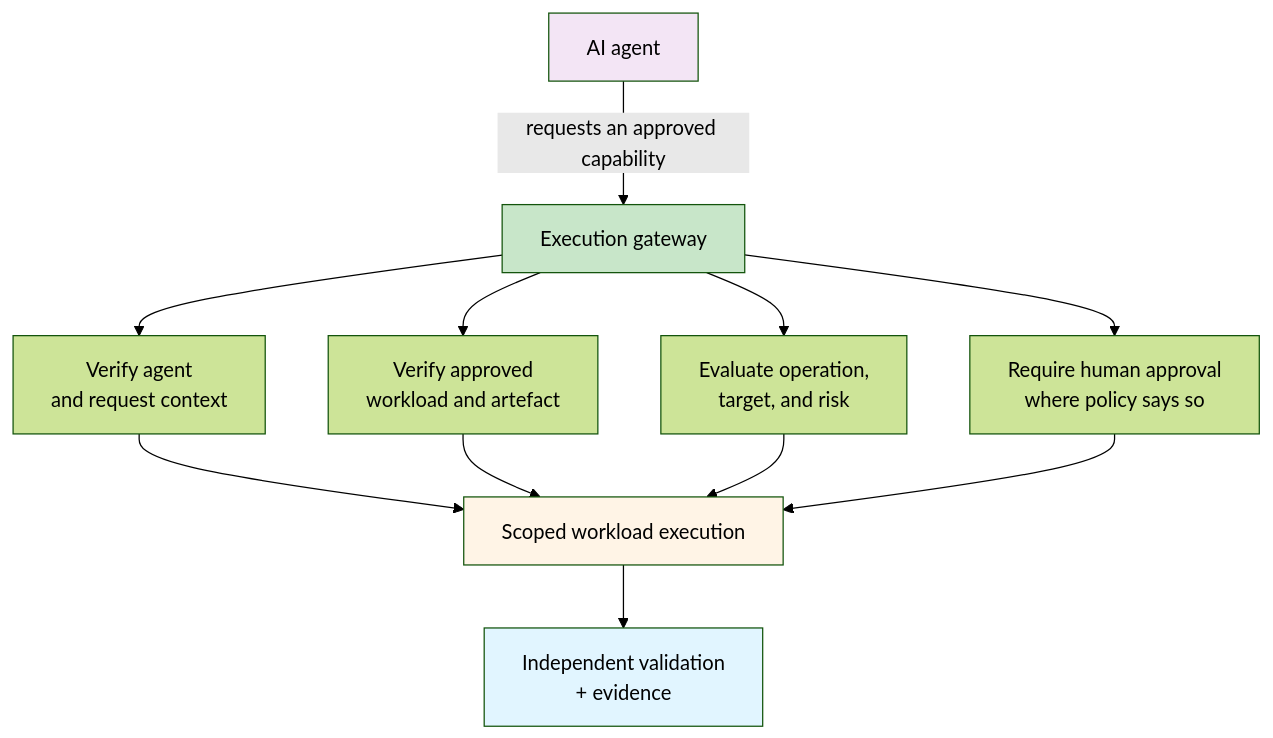
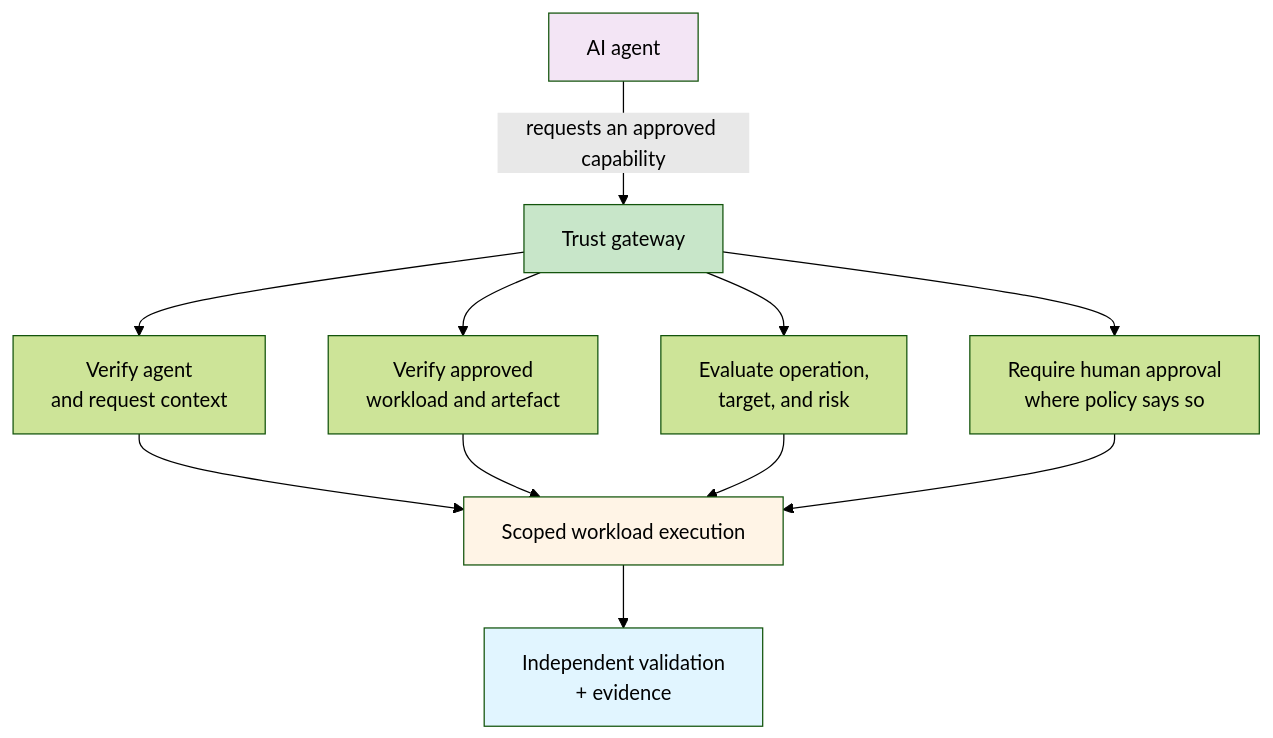
Before and after one commit to Nautomation-Prime/nautomation-prime.github.io: the third of 3 diagrams in docs/foundation/reference-architectures/trusted-automation-execution/architecture.md, drawn with Mermaid (forest theme). The commit also changed other lines of this file and 6 other files, not shown here.

````diff
--- a/docs/foundation/reference-architectures/trusted-automation-execution/architecture.md
+++ b/docs/foundation/reference-architectures/trusted-automation-execution/architecture.md
@@ -298,18 +429,18 @@
 ```mermaid
 graph TD
-    AG[AI agent] -->|requests an approved capability| GW[Execution gateway]
+    AG[AI agent] -->|requests an approved capability| GW[Trust gateway]
     GW --> C1[Verify agent<br/>and request context]
     GW --> C2[Verify approved<br/>workload and artefact]
     GW --> C3[Evaluate operation,<br/>target, and risk]
     GW --> C4[Require human approval<br/>where policy says so]
     C1 --> EX[Scoped workload execution]
     C2 --> EX
     C3 --> EX
     C4 --> EX
     EX --> VE[Independent validation<br/>+ evidence]
 
     style AG fill:#f3e5f5
     style GW fill:#c8e6c9
     style EX fill:#fff4e6
     style VE fill:#e1f5ff
 ```
````
